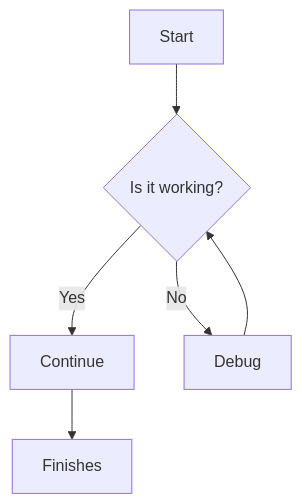
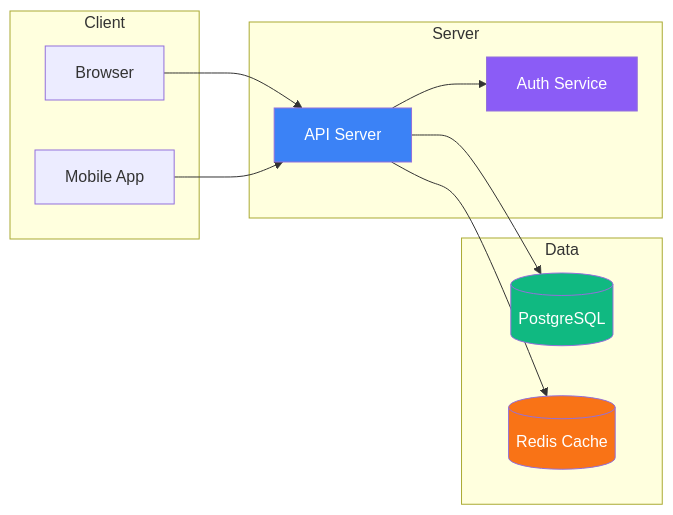
Before and after one commit to tfshuvo/astroplate: the diagram in src/content/better-auth/google-integration.md, drawn with Mermaid. The commit also changed other lines of this file, not shown here.

Commit message:
Update file by Sitepins

````diff
--- a/src/content/better-auth/google-integration.md
+++ b/src/content/better-auth/google-integration.md
@@ -4,8 +4,28 @@
 ```mermaid
-graph TD
-    A[Start] --> B{Is it working?}
-    B -- Yes --> C[Continue]
-    B -- No --> D[Debug]
-    D --> B
-    C --> E[Finishes]
+flowchart LR
+    subgraph Client
+        A[Browser]
+        B[Mobile App]
+    end
+
+    subgraph Server
+        C[API Server]
+        D[Auth Service]
+    end
+
+    subgraph Data
+        E[(PostgreSQL)]
+        F[(Redis Cache)]
+    end
+
+    A --> C
+    B --> C
+    C --> D
+    C --> E
+    C --> F
+
+    style C fill:#3b82f6,color:#fff
+    style D fill:#8b5cf6,color:#fff
+    style E fill:#10b981,color:#fff
+    style F fill:#f97316,color:#fff
 ```
````
